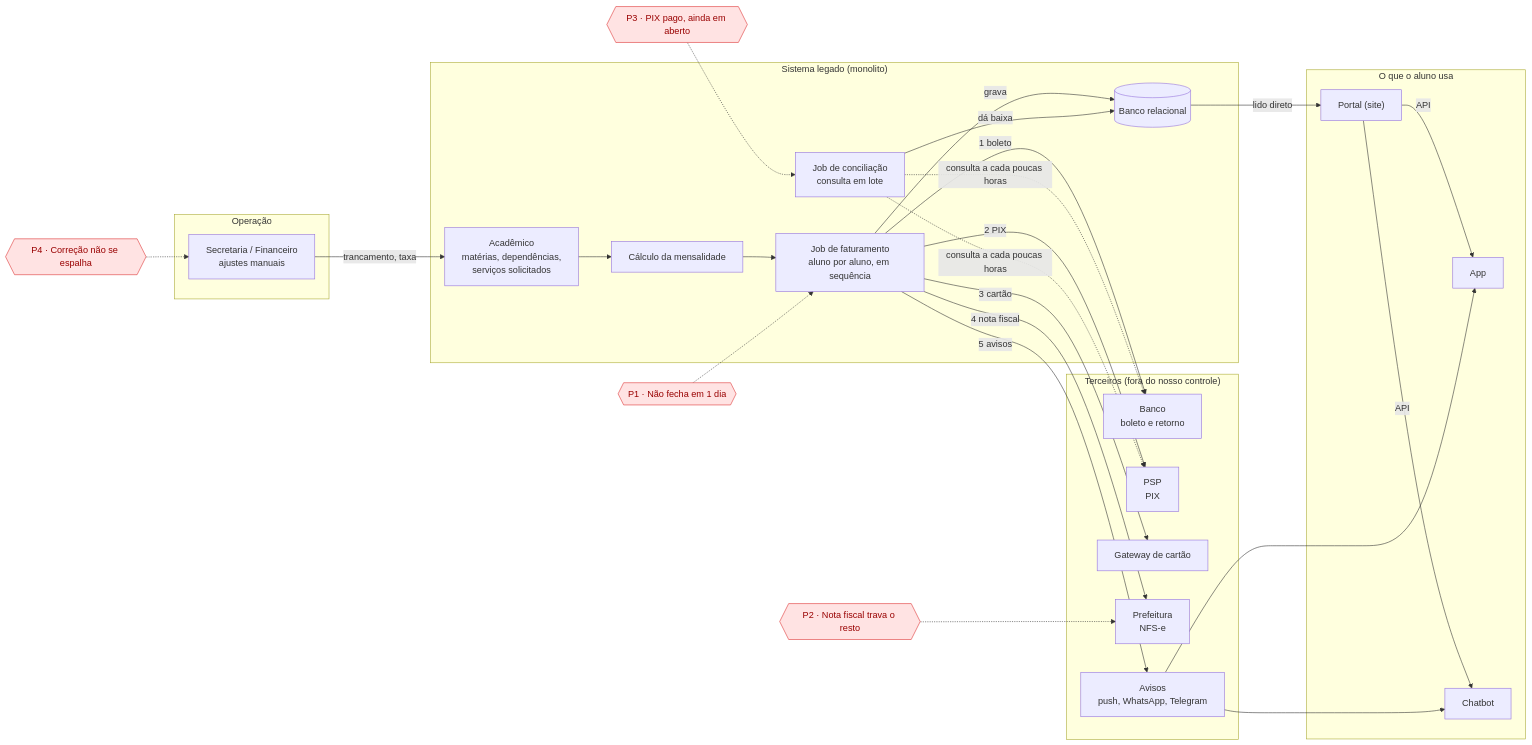
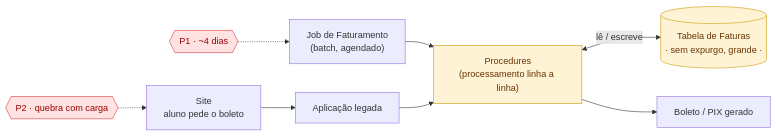
Before and after one commit to lealnetosena/colegio-leal: the diagram in diagramas/01-arquitetura-atual.md, drawn with Mermaid. The commit also changed other lines of this file, not shown here.

First line of the commit message:
docs: recria diagrama da arquitetura atual pos-reset (P1 batch + P2 sob demanda, mesma causa raiz)

````diff
--- a/diagramas/01-arquitetura-atual.md
+++ b/diagramas/01-arquitetura-atual.md
@@ -20,61 +6,17 @@
 ```mermaid
 flowchart LR
-    subgraph OPS["Operação"]
-        SEC["Secretaria / Financeiro<br/>ajustes manuais"]
-    end
+    JOB["Job de Faturamento<br/>(batch, agendado)"] --> PROC["Procedures<br/>(processamento linha a linha)"]
+    SITE["Site<br/>aluno pede o boleto"] --> APP["Aplicação legada"] --> PROC
+    PROC <-->|"lê / escreve"| TAB[("Tabela de Faturas<br/>· sem expurgo, grande ·")]
+    PROC --> DOC["Boleto / PIX gerado"]
 
-    subgraph LEG["Sistema legado (monolito)"]
-        ACAD["Acadêmico<br/>matérias, dependências,<br/>serviços solicitados"]
-        CALC["Cálculo da mensalidade"]
-        JOB["Job de faturamento<br/>aluno por aluno, em sequência"]
-        CONC["Job de conciliação<br/>consulta em lote"]
-        DB[("Banco relacional")]
-    end
-
-    subgraph EXT["Terceiros (fora do nosso controle)"]
-        BANCO["Banco<br/>boleto e retorno"]
-        PSP["PSP<br/>PIX"]
-        CARD["Gateway de cartão"]
-        PREF["Prefeitura<br/>NFS-e"]
-        AVISOS["Avisos<br/>push, WhatsApp, Telegram"]
-    end
-
-    subgraph CH["O que o aluno usa"]
-        PORTAL["Portal (site)"]
-        APP["App"]
-        BOT["Chatbot"]
-    end
-
-    SEC -->|"trancamento, taxa"| ACAD
-    ACAD --> CALC
-    CALC --> JOB
-    JOB -->|"grava"| DB
-
-    JOB -->|"1 boleto"| BANCO
-    JOB -->|"2 PIX"| PSP
-    JOB -->|"3 cartão"| CARD
-    JOB -->|"4 nota fiscal"| PREF
-    JOB -->|"5 avisos"| AVISOS
-
-    CONC -.->|"consulta a cada poucas horas"| BANCO
-    CONC -.->|"consulta a cada poucas horas"| PSP
-    CONC -->|"dá baixa"| DB
-
-    DB -->|"lido direto"| PORTAL
-    PORTAL -->|"API"| APP
-    PORTAL -->|"API"| BOT
-    AVISOS --> APP
-    AVISOS --> BOT
-
-    P1{{"P1 · Não fecha em 1 dia"}}
-    P2{{"P2 · Nota fiscal trava o resto"}}
-    P3{{"P3 · PIX pago, ainda em aberto"}}
-    P4{{"P4 · Correção não se espalha"}}
+    P1{{"P1 · ~4 dias"}}
+    P2{{"P2 · quebra com carga"}}
     P1 -.-> JOB
-    P2 -.-> PREF
-    P3 -.-> CONC
-    P4 -.-> SEC
+    P2 -.-> SITE
 
     classDef prob fill:#ffe3e3,stroke:#d33,color:#900
-    class P1,P2,P3,P4 prob
+    class P1,P2 prob
+    classDef bad fill:#fff3d6,stroke:#c90,color:#630
+    class PROC,TAB bad
 ```
````
